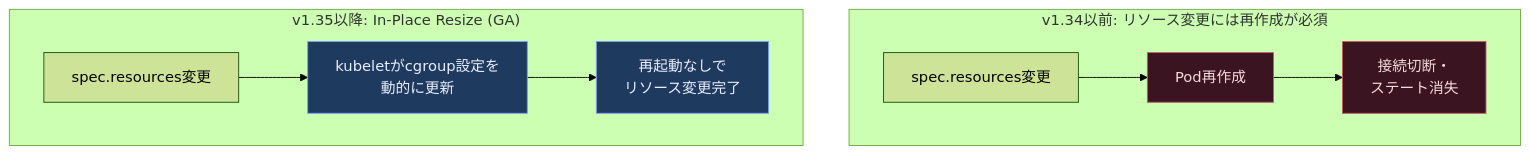
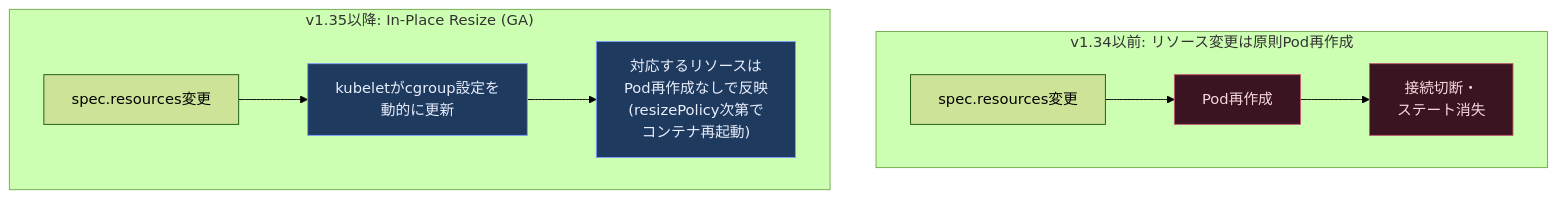
Diagram 37 of 41 in Kubernetes-in-Action.md (myoshi2891/Cloud-Infrastructure-Studies), drawn with Mermaid (forest theme) before and after one commit. The commit also changed other lines of this file, not shown here.

Commit message:
docs(k8s): refine In-Place Resize details and anchor formatting in Kubernetes in Action guide

````diff
--- a/Kubernetes-in-Action.md
+++ b/Kubernetes-in-Action.md
@@ -1108,16 +1139,16 @@
 ```mermaid
 flowchart TB
-    subgraph BEFORE["v1.34以前: リソース変更には再作成が必須"]
+    subgraph BEFORE["v1.34以前: リソース変更は原則Pod再作成"]
         direction LR
         B1["spec.resources変更"] --> B2["Pod再作成"] --> B3["接続切断・<br/>ステート消失"]
     end
     subgraph AFTER["v1.35以降: In-Place Resize (GA)"]
         direction LR
-        A1["spec.resources変更"] --> A2["kubeletがcgroup設定を<br/>動的に更新"] --> A3["再起動なしで<br/>リソース変更完了"]
+        A1["spec.resources変更"] --> A2["kubeletがcgroup設定を<br/>動的に更新"] --> A3["対応するリソースは<br/>Pod再作成なしで反映<br/>(resizePolicy次第で<br/>コンテナ再起動)"]
     end
 
     classDef highlightFill fill:#1f3a5f,stroke:#7c9eff,color:#e8eefc
     classDef dangerFill fill:#3a1420,stroke:#c05a6e,color:#f5d8de
     class A2,A3 highlightFill
     class B2,B3 dangerFill
 ```
````
